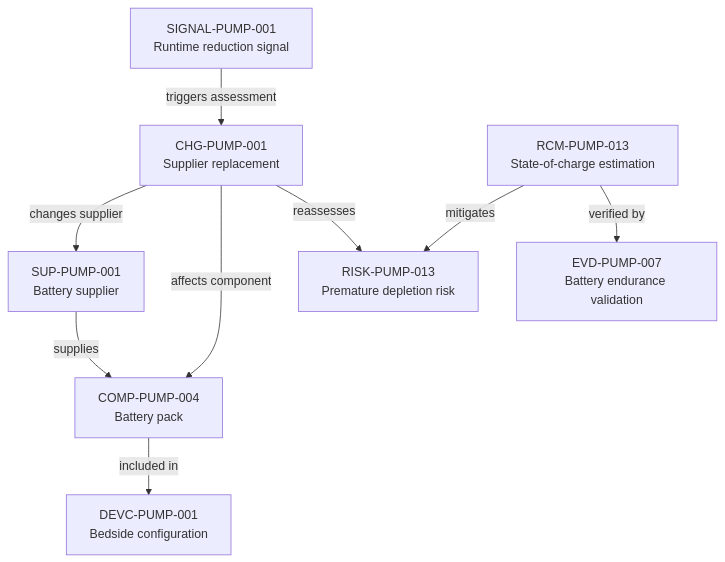
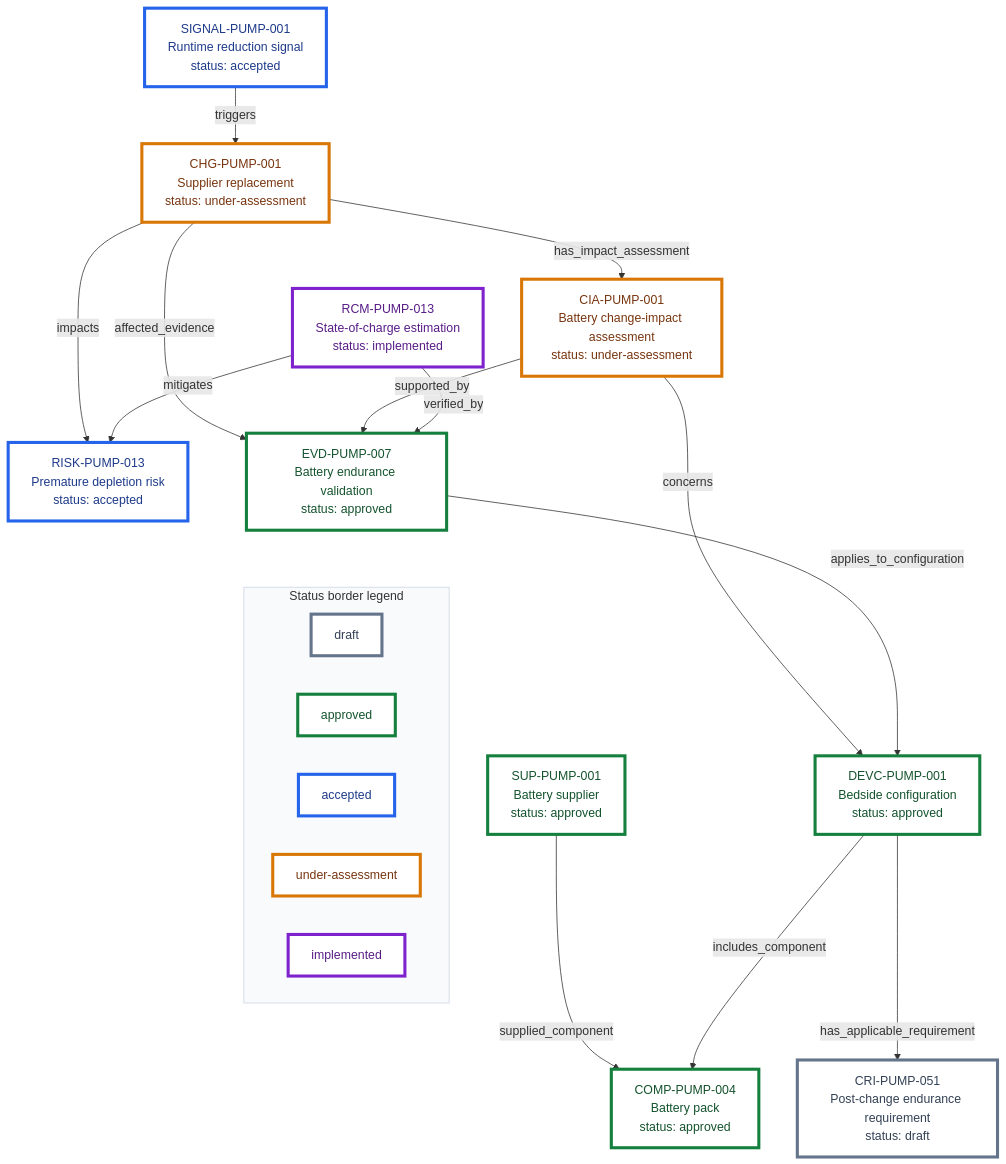
Before and after one commit to mvattulainen/mdrontology: the diagram in content/06-Infpump FlowGuard ontology notes/connections/05-battery-signal-to-change-assessment.md, drawn with Mermaid. The commit also changed other lines of this file and 30 other files, not shown here.

Commit message:
Expand battery change ontology workflow

````diff
--- a/content/06-Infpump FlowGuard ontology notes/connections/05-battery-signal-to-change-assessment.md
+++ b/content/06-Infpump FlowGuard ontology notes/connections/05-battery-signal-to-change-assessment.md
@@ -25,27 +25,55 @@
 ```mermaid
 flowchart TD
-  N1["DEVC-PUMP-001<br/>Bedside configuration"]
-  N2["SUP-PUMP-001<br/>Battery supplier"]
-  N3["COMP-PUMP-004<br/>Battery pack"]
-  N4["SIGNAL-PUMP-001<br/>Runtime reduction signal"]
-  N5["CHG-PUMP-001<br/>Supplier replacement"]
-  N6["RISK-PUMP-013<br/>Premature depletion risk"]
-  N7["RCM-PUMP-013<br/>State-of-charge estimation"]
-  N8["EVD-PUMP-007<br/>Battery endurance validation"]
-  N2 -->|supplies| N3
-  N3 -->|included in| N1
-  N4 -->|triggers assessment| N5
-  N5 -->|changes supplier| N2
-  N5 -->|affects component| N3
-  N5 -->|reassesses| N6
+  N1["DEVC-PUMP-001<br/>Bedside configuration<br/>status: approved"]
+  N2["SUP-PUMP-001<br/>Battery supplier<br/>status: approved"]
+  N3["COMP-PUMP-004<br/>Battery pack<br/>status: approved"]
+  N4["SIGNAL-PUMP-001<br/>Runtime reduction signal<br/>status: accepted"]
+  N5["CHG-PUMP-001<br/>Supplier replacement<br/>status: under-assessment"]
+  N6["RISK-PUMP-013<br/>Premature depletion risk<br/>status: accepted"]
+  N7["RCM-PUMP-013<br/>State-of-charge estimation<br/>status: implemented"]
+  N8["EVD-PUMP-007<br/>Battery endurance validation<br/>status: approved"]
+  N9["CRI-PUMP-051<br/>Post-change endurance requirement<br/>status: draft"]
+  N10["CIA-PUMP-001<br/>Battery change-impact assessment<br/>status: under-assessment"]
+  N2 -->|supplied_component| N3
+  N1 -->|includes_component| N3
+  N1 -->|has_applicable_requirement| N9
+  N4 -->|triggers| N5
+  N5 -->|has_impact_assessment| N10
+  N5 -->|impacts| N6
+  N5 -->|affected_evidence| N8
+  N10 -->|concerns| N1
+  N10 -->|supported_by| N8
   N7 -->|mitigates| N6
-  N7 -->|verified by| N8
+  N7 -->|verified_by| N8
+  N8 -->|applies_to_configuration| N1
+  classDef draft fill:#ffffff,stroke:#64748b,stroke-width:4px,color:#334155
+  classDef approved fill:#ffffff,stroke:#15803d,stroke-width:4px,color:#14532d
+  classDef accepted fill:#ffffff,stroke:#2563eb,stroke-width:4px,color:#1e3a8a
+  classDef under_assessment fill:#ffffff,stroke:#d97706,stroke-width:4px,color:#78350f
+  classDef implemented fill:#ffffff,stroke:#7e22ce,stroke-width:4px,color:#581c87
+  class N1,N2,N3,N8 approved
+  class N4,N6 accepted
+  class N5,N10 under_assessment
+  class N7 implemented
+  class N9 draft
+  subgraph LEGEND["Status border legend"]
+    direction LR
+    L1["draft"]:::draft
+    L2["approved"]:::approved
+    L3["accepted"]:::accepted
+    L4["under-assessment"]:::under_assessment
+    L5["implemented"]:::implemented
+  end
+  N8 ~~~ L1
+  style LEGEND fill:#f8fafc,stroke:#cbd5e1,stroke-width:1px
   click N1 "/06-infpump-flowguard-ontology-notes/device-configuration/devc-pump-001-infpump-flowguard-bedside-configuration-10" "Open DEVC-PUMP-001"
   click N2 "/06-infpump-flowguard-ontology-notes/supplier/sup-pump-001-battery-pack-critical-supplier" "Open SUP-PUMP-001"
   click N3 "/06-infpump-flowguard-ontology-notes/component/comp-pump-004-rechargeable-battery-pack" "Open COMP-PUMP-004"
   click N4 "/06-infpump-flowguard-ontology-notes/signal/signal-pump-001-unexpected-battery-runtime-reduction" "Open SIGNAL-PUMP-001"
   click N5 "/06-infpump-flowguard-ontology-notes/change/chg-pump-001-battery-cell-supplier-replacement" "Open CHG-PUMP-001"
   click N6 "/06-infpump-flowguard-ontology-notes/risk/risk-pump-013-clinical-injury-following-premature-battery-depletion" "Open RISK-PUMP-013"
   click N7 "/06-infpump-flowguard-ontology-notes/risk-control-measure/rcm-pump-013-battery-state-of-charge-estimation" "Open RCM-PUMP-013"
   click N8 "/06-infpump-flowguard-ontology-notes/verification-evidence/evd-pump-007-battery-endurance-validation-report" "Open EVD-PUMP-007"
+  click N9 "/06-infpump-flowguard-ontology-notes/compliance-requirement-instance/cri-pump-051-battery-endurance-after-cell-supplier-change" "Open CRI-PUMP-051"
+  click N10 "/06-infpump-flowguard-ontology-notes/change-impact-assessment/cia-pump-001-battery-cell-supplier-change-impact-assessment" "Open CIA-PUMP-001"
 ```
````
